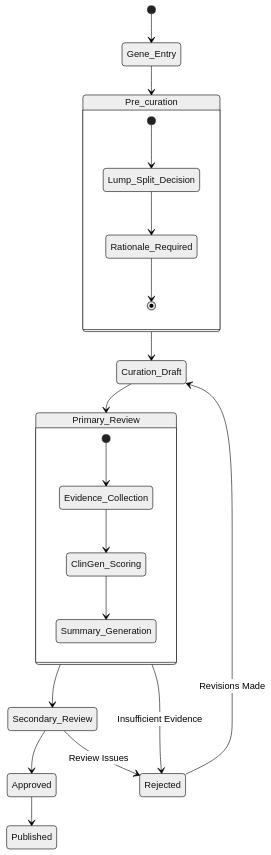
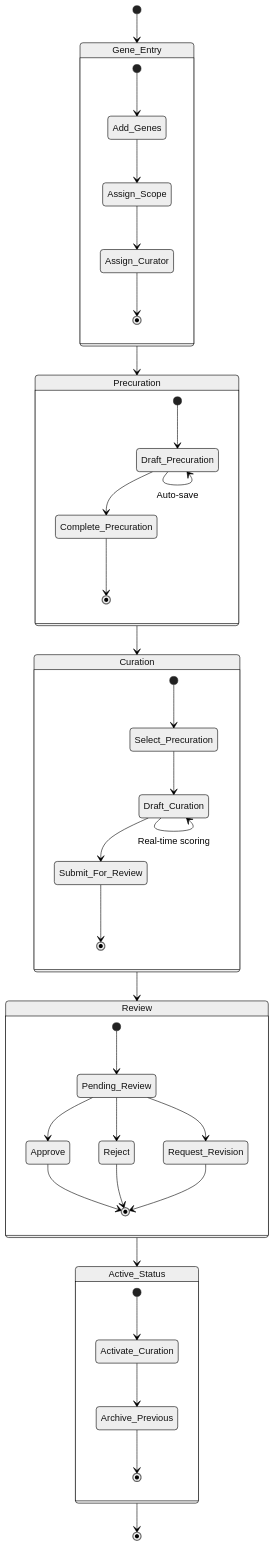
The diagram in docs/WORKFLOW.md (halbritter-lab/gene-curator), drawn with Mermaid (neutral theme) before and after one commit. The commit also changed other lines of this file and 6 other files, not shown here.

````diff
--- a/docs/WORKFLOW.md
+++ b/docs/WORKFLOW.md
@@ -9,26 +40,48 @@
 ```mermaid
 stateDiagram-v2
     [*] --> Gene_Entry
-    Gene_Entry --> Pre_curation
-    Pre_curation --> Curation_Draft
-    Curation_Draft --> Primary_Review
-    Primary_Review --> Secondary_Review
-    Secondary_Review --> Approved
-    Approved --> Published
+    Gene_Entry --> Precuration
+    Precuration --> Curation
+    Curation --> Review
+    Review --> Active_Status
+    Active_Status --> [*]
     
-    Primary_Review --> Rejected: Insufficient Evidence
-    Secondary_Review --> Rejected: Review Issues
-    Rejected --> Curation_Draft: Revisions Made
-    
-    state Pre_curation {
-        [*] --> Lump_Split_Decision
-        Lump_Split_Decision --> Rationale_Required
-        Rationale_Required --> [*]
+    state Gene_Entry {
+        [*] --> Add_Genes
+        Add_Genes --> Assign_Scope
+        Assign_Scope --> Assign_Curator
+        Assign_Curator --> [*]
     }
     
-    state Primary_Review {
-        [*] --> Evidence_Collection
-        Evidence_Collection --> ClinGen_Scoring
-        ClinGen_Scoring --> Summary_Generation
+    state Precuration {
+        [*] --> Draft_Precuration
+        Draft_Precuration --> Complete_Precuration
+        Complete_Precuration --> [*]
+        Draft_Precuration --> Draft_Precuration : Auto-save
+    }
+    
+    state Curation {
+        [*] --> Select_Precuration
+        Select_Precuration --> Draft_Curation
+        Draft_Curation --> Submit_For_Review
+        Submit_For_Review --> [*]
+        Draft_Curation --> Draft_Curation : Auto-save
+        Draft_Curation --> Draft_Curation : Real-time scoring
+    }
+    
+    state Review {
+        [*] --> Pending_Review
+        Pending_Review --> Approve
+        Pending_Review --> Reject
+        Pending_Review --> Request_Revision
+        Approve --> [*]
+        Reject --> [*]
+        Request_Revision --> [*]
+    }
+    
+    state Active_Status {
+        [*] --> Activate_Curation
+        Activate_Curation --> Archive_Previous
+        Archive_Previous --> [*]
     }
 ```
````
